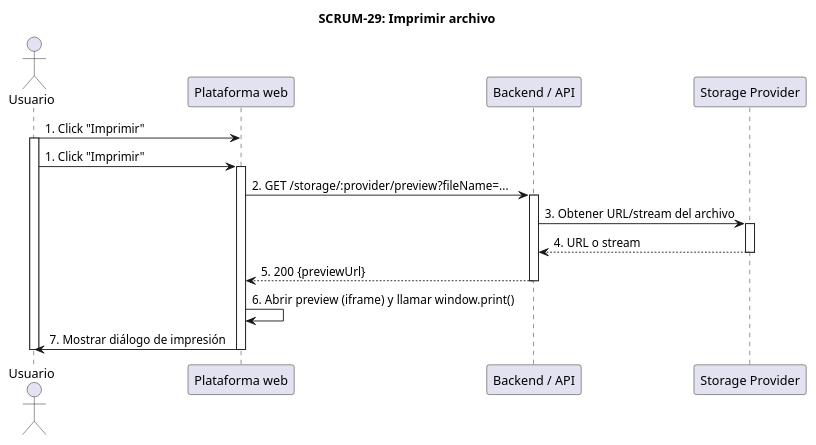
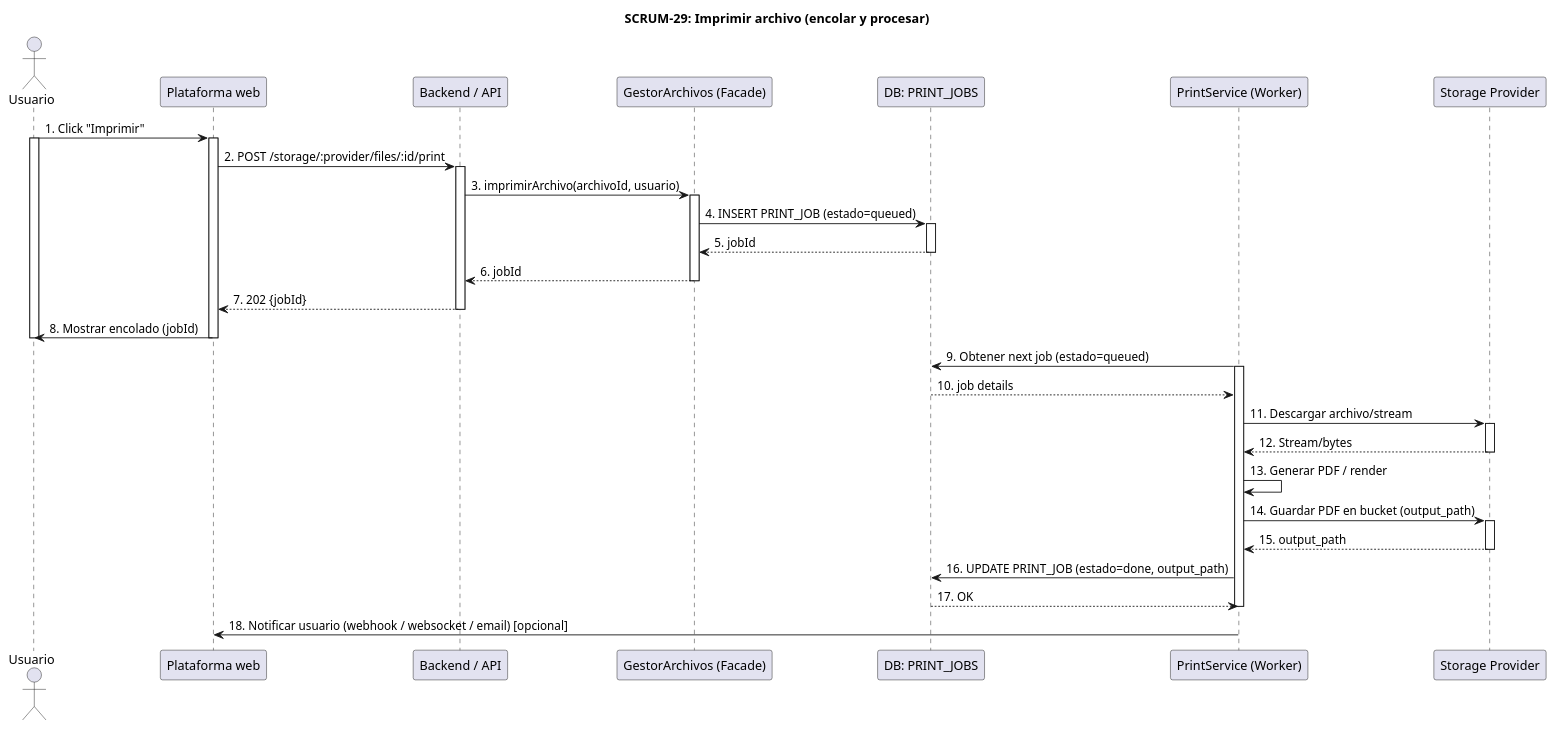
Before and after one commit to IraPues890/SW2_SISTEMA_DE_ALMACENAMIENTO: the diagram in diagrams/sequence/SCRUM-29_imprimir_archivo.puml, drawn with PlantUML. The commit also changed 8 other files, not shown here.

First line of the commit message:
diagramas de secuencia y cambio en bd y clases.

```diff
--- a/diagrams/sequence/SCRUM-29_imprimir_archivo.puml
+++ b/diagrams/sequence/SCRUM-29_imprimir_archivo.puml
@@ -1,25 +1,51 @@
 @startuml SCRUM-29_ImprimirArchivo
-title SCRUM-29: Imprimir archivo
+title SCRUM-29: Imprimir archivo (encolar y procesar)
 
 actor Usuario
 participant "Plataforma web" as Frontend
 participant "Backend / API" as Backend
+participant "GestorArchivos (Facade)" as Gestor
+participant "DB: PRINT_JOBS" as PrintJobsDB
+participant "PrintService (Worker)" as PrintService
 participant "Storage Provider" as Storage
 
 Usuario -> Frontend: 1. Click "Imprimir"
 activate Usuario
-Usuario -> Frontend: 1. Click "Imprimir"
 activate Frontend
-Frontend -> Backend: 2. GET /storage/:provider/preview?fileName=...
+Frontend -> Backend: 2. POST /storage/:provider/files/:id/print
 activate Backend
-Backend -> Storage: 3. Obtener URL/stream del archivo
-activate Storage
-Storage --> Backend: 4. URL o stream
-deactivate Storage
-Backend --> Frontend: 5. 200 {previewUrl}
+Backend -> Gestor: 3. imprimirArchivo(archivoId, usuario)
+activate Gestor
+Gestor -> PrintJobsDB: 4. INSERT PRINT_JOB (estado=queued)
+activate PrintJobsDB
+PrintJobsDB --> Gestor: 5. jobId
+deactivate PrintJobsDB
+Gestor --> Backend: 6. jobId
+deactivate Gestor
+Backend --> Frontend: 7. 202 {jobId}
 deactivate Backend
-Frontend -> Frontend: 6. Abrir preview (iframe) y llamar window.print()
-Frontend -> Usuario: 7. Mostrar diálogo de impresión
+Frontend -> Usuario: 8. Mostrar encolado (jobId)
 deactivate Frontend
 deactivate Usuario
+
+' Worker loop (async)
+PrintService -> PrintJobsDB: 9. Obtener next job (estado=queued)
+activate PrintService
+PrintJobsDB --> PrintService: 10. job details
+deactivate PrintJobsDB
+PrintService -> Storage: 11. Descargar archivo/stream
+activate Storage
+Storage --> PrintService: 12. Stream/bytes
+deactivate Storage
+PrintService -> PrintService: 13. Generar PDF / render
+PrintService -> Storage: 14. Guardar PDF en bucket (output_path)
+activate Storage
+Storage --> PrintService: 15. output_path
+deactivate Storage
+PrintService -> PrintJobsDB: 16. UPDATE PRINT_JOB (estado=done, output_path)
+PrintJobsDB --> PrintService: 17. OK
+deactivate PrintService
+
+PrintService -> Frontend: 18. Notificar usuario (webhook / websocket / email) [opcional]
+
 @enduml
```
